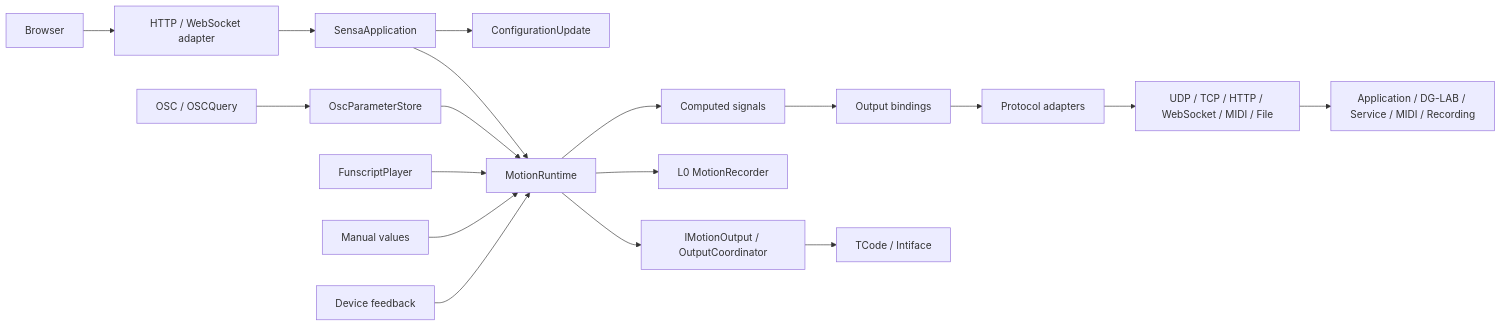
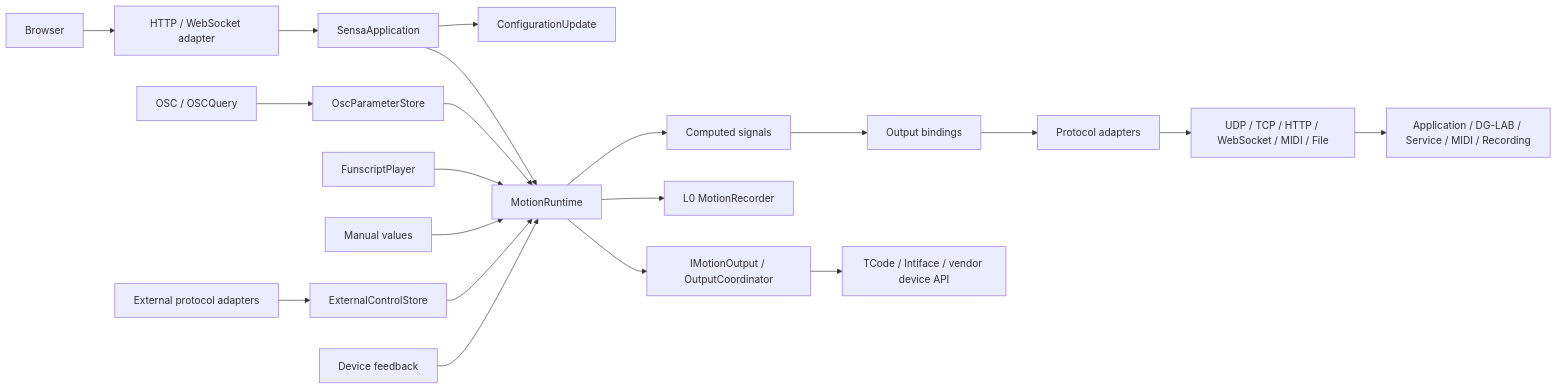
Before and after one commit to SeaLoong/Sensa: the diagram in docs/architecture.en.md, drawn with Mermaid. The commit also changed other lines of this file and 99 other files, not shown here.

First line of the commit message:
feat: bridge external device protocols through Sensa

````diff
--- a/docs/architecture.en.md
+++ b/docs/architecture.en.md
@@ -9,20 +9,22 @@
 ```mermaid
 flowchart LR
   Browser --> HTTP[HTTP / WebSocket adapter]
   HTTP --> App[SensaApplication]
   App --> Config[ConfigurationUpdate]
   App --> Runtime[MotionRuntime]
   OSC[OSC / OSCQuery] --> Store[OscParameterStore]
   Store --> Runtime
   Script[FunscriptPlayer] --> Runtime
   Manual[Manual values] --> Runtime
+  External[External protocol adapters] --> Commands[ExternalControlStore]
+  Commands --> Runtime
   Feedback[Device feedback] --> Runtime
   Runtime --> Compute[Computed signals]
   Compute --> Bindings[Output bindings]
   Bindings --> Protocol[Protocol adapters]
   Protocol --> Transport[UDP / TCP / HTTP / WebSocket / MIDI / File]
   Transport --> Destinations[Application / DG-LAB / Service / MIDI / Recording]
   Runtime --> Record[L0 MotionRecorder]
   Runtime --> Output[IMotionOutput / OutputCoordinator]
-  Output --> Devices[TCode / Intiface]
+  Output --> Devices[TCode / Intiface / vendor device API]
 ```
````
